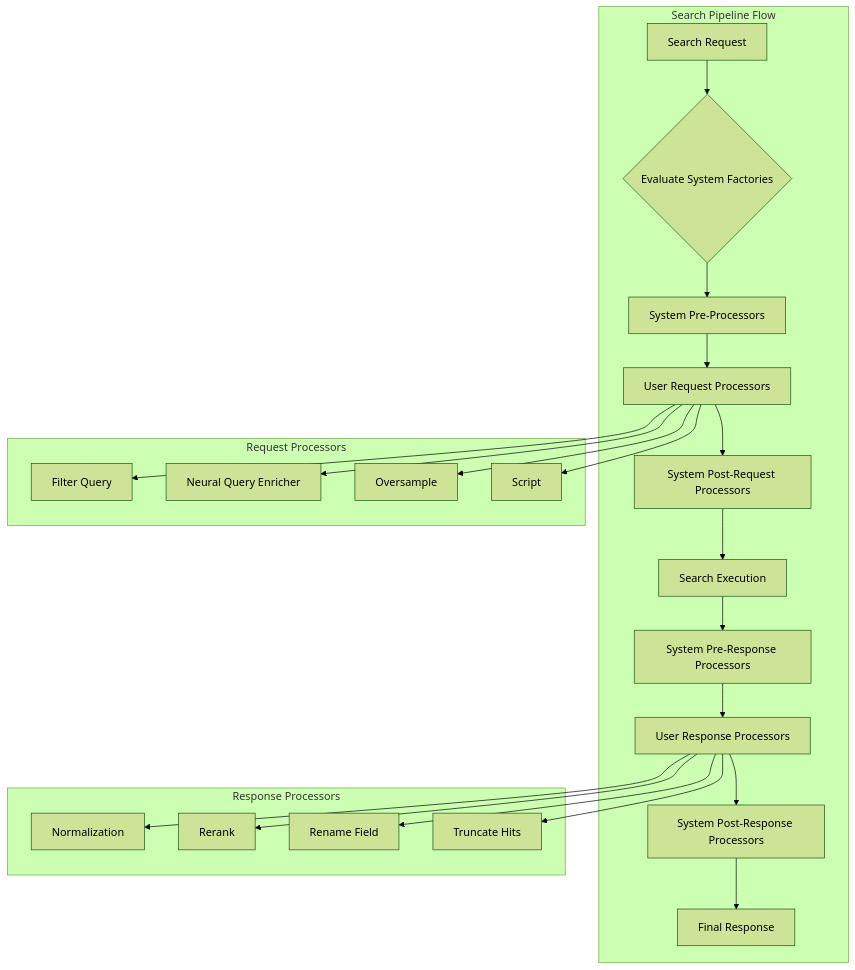
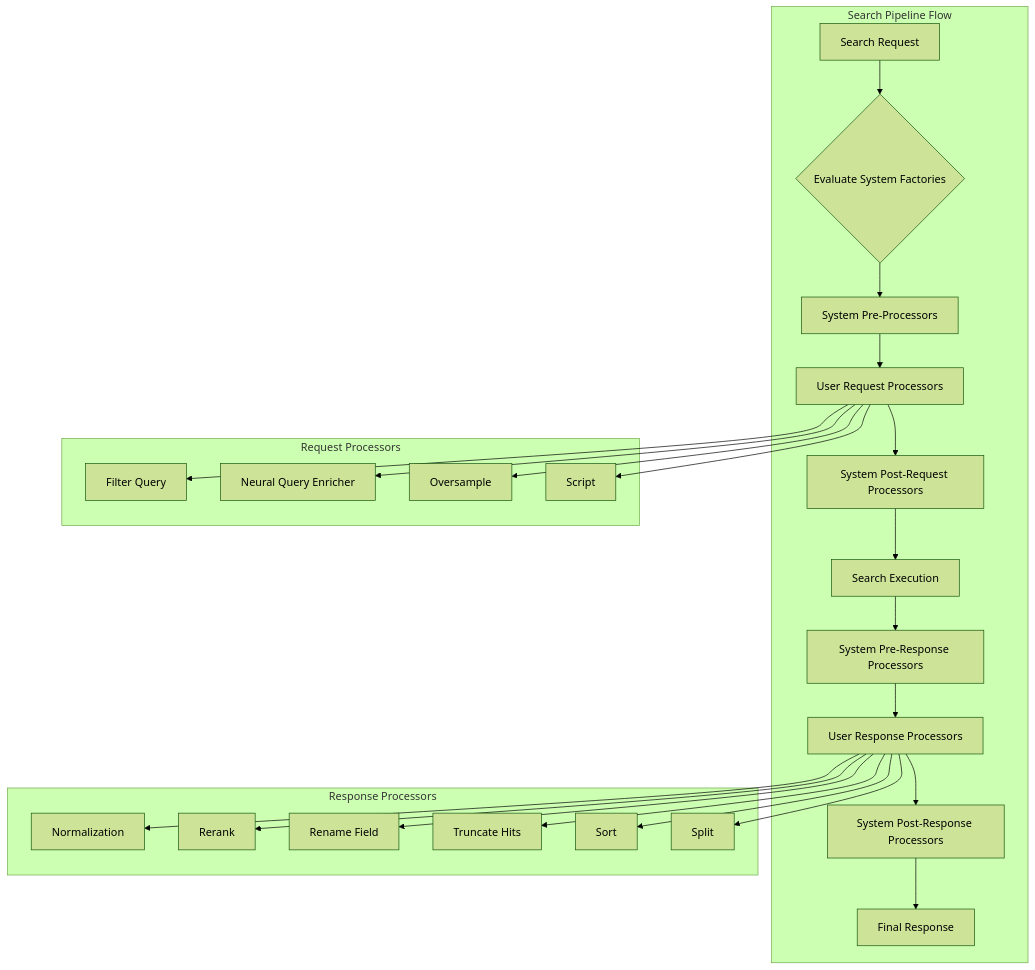
One commit to tkykenmt/opensearch-feature-explorer changed the first of 2 diagrams in docs/features/opensearch/opensearch-search-pipeline.md. Above: the diagram before and after it, drawn with Mermaid (forest theme). The commit also changed other lines of this file and 2 other files, not shown here.

Commit message:
docs: add search-pipelines report for v2.16.0 (#2430)

````diff
--- a/docs/features/opensearch/opensearch-search-pipeline.md
+++ b/docs/features/opensearch/opensearch-search-pipeline.md
@@ -15,38 +15,42 @@
 ```mermaid
 graph TB
     subgraph "Search Pipeline Flow"
         SR[Search Request] --> EV{Evaluate System Factories}
         EV --> PRE[System Pre-Processors]
         PRE --> RP[User Request Processors]
         RP --> POST_REQ[System Post-Request Processors]
         POST_REQ --> SE[Search Execution]
         SE --> PRE_RSP[System Pre-Response Processors]
         PRE_RSP --> RSP[User Response Processors]
         RSP --> POST_RSP[System Post-Response Processors]
         POST_RSP --> FR[Final Response]
     end
     
     subgraph "Request Processors"
         FQ[Filter Query]
         NQE[Neural Query Enricher]
         OS[Oversample]
         SC[Script]
     end
     
     subgraph "Response Processors"
         NP[Normalization]
         RR[Rerank]
         RF[Rename Field]
         TH[Truncate Hits]
+        SP[Sort]
+        SL[Split]
     end
     
     RP --> FQ
     RP --> NQE
     RP --> OS
     RP --> SC
     
     RSP --> NP
     RSP --> RR
     RSP --> RF
     RSP --> TH
+    RSP --> SP
+    RSP --> SL
 ```
````
